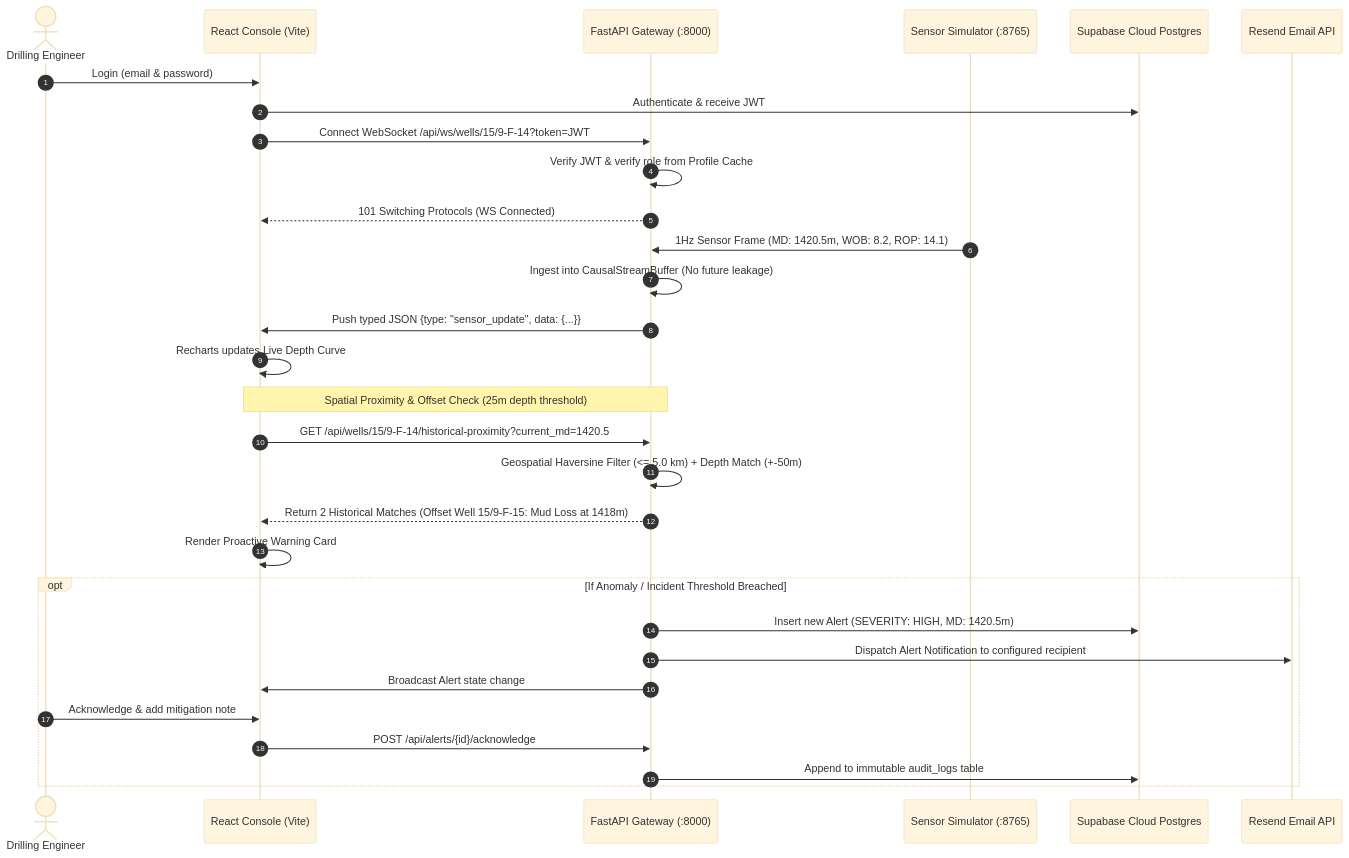
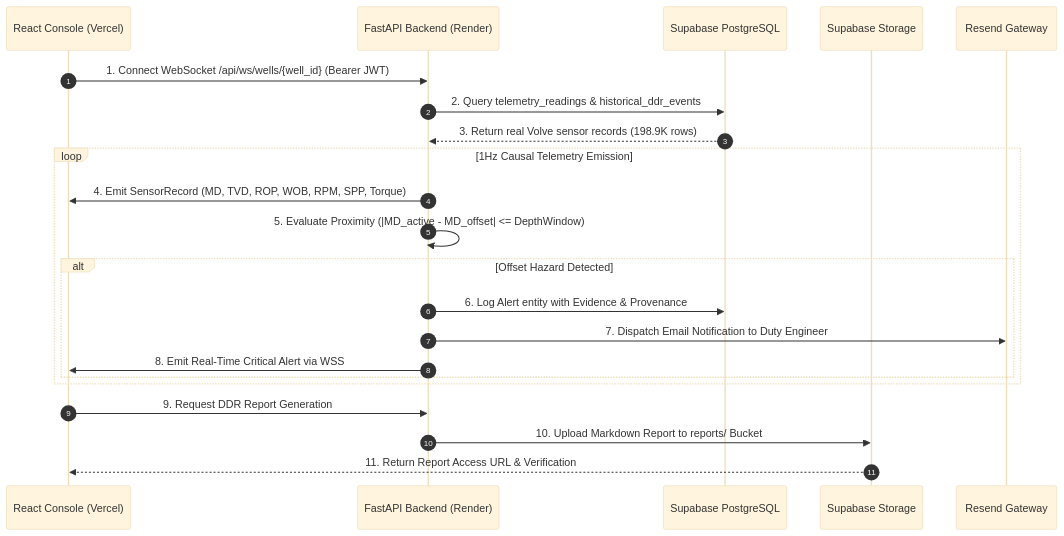
The second of 2 diagrams in README.md (anshu2k24/sih26), drawn with Mermaid (base theme) before and after one commit. The commit also changed other lines of this file, not shown here.

Commit message:
docs: update README with live cloud deployment URLs, authentic dataset provenance, and architecture diagrams

````diff
--- a/README.md
+++ b/README.md
@@ -125,36 +106,25 @@
 ```mermaid
 sequenceDiagram
     autonumber
-    actor Operator as Drilling Engineer
-    participant Frontend as React Console (Vite)
-    participant Backend as FastAPI Gateway (:8000)
-    participant Stream as Sensor Simulator (:8765)
-    participant Supabase as Supabase Cloud Postgres
-    participant Resend as Resend Email API
+    participant UI as React Console (Vercel)
+    participant API as FastAPI Backend (Render)
+    participant DB as Supabase PostgreSQL
+    participant STR as Supabase Storage
+    participant Mail as Resend Gateway
 
-    Operator->>Frontend: Login (email & password)
-    Frontend->>Supabase: Authenticate & receive JWT
-    Frontend->>Backend: Connect WebSocket /api/ws/wells/15/9-F-14?token=JWT
-    Backend->>Backend: Verify JWT & verify role from Profile Cache
-    Backend-->>Frontend: 101 Switching Protocols (WS Connected)
-
-    Stream->>Backend: 1Hz Sensor Frame (MD: 1420.5m, WOB: 8.2, ROP: 14.1)
-    Backend->>Backend: Ingest into CausalStreamBuffer (No future leakage)
-    Backend->>Frontend: Push typed JSON {type: "sensor_update", data: {...}}
-    Frontend->>Frontend: Recharts updates Live Depth Curve
-
-    Note over Frontend,Backend: Spatial Proximity & Offset Check (25m depth threshold)
-    Frontend->>Backend: GET /api/wells/15/9-F-14/historical-proximity?current_md=1420.5
-    Backend->>Backend: Geospatial Haversine Filter (<= 5.0 km) + Depth Match (+-50m)
-    Backend-->>Frontend: Return 2 Historical Matches (Offset Well 15/9-F-15: Mud Loss at 1418m)
-    Frontend->>Frontend: Render Proactive Warning Card
-
-    opt If Anomaly / Incident Threshold Breached
-        Backend->>Supabase: Insert new Alert (SEVERITY: HIGH, MD: 1420.5m)
-        Backend->>Resend: Dispatch Alert Notification to configured recipient
-        Backend->>Frontend: Broadcast Alert state change
-        Operator->>Frontend: Acknowledge & add mitigation note
-        Frontend->>Backend: POST /api/alerts/{id}/acknowledge
-        Backend->>Supabase: Append to immutable audit_logs table
+    UI->>API: 1. Connect WebSocket /api/ws/wells/{well_id} (Bearer JWT)
+    API->>DB: 2. Query telemetry_readings & historical_ddr_events
+    DB-->>API: 3. Return real Volve sensor records (198.9K rows)
+    loop 1Hz Causal Telemetry Emission
+        API->>UI: 4. Emit SensorRecord (MD, TVD, ROP, WOB, RPM, SPP, Torque)
+        API->>API: 5. Evaluate Proximity (|MD_active - MD_offset| <= DepthWindow)
+        alt Offset Hazard Detected
+            API->>DB: 6. Log Alert entity with Evidence & Provenance
+            API->>Mail: 7. Dispatch Email Notification to Duty Engineer
+            API->>UI: 8. Emit Real-Time Critical Alert via WSS
+        end
     end
+    UI->>API: 9. Request DDR Report Generation
+    API->>STR: 10. Upload Markdown Report to reports/ Bucket
+    STR-->>UI: 11. Return Report Access URL & Verification
 ```
````
